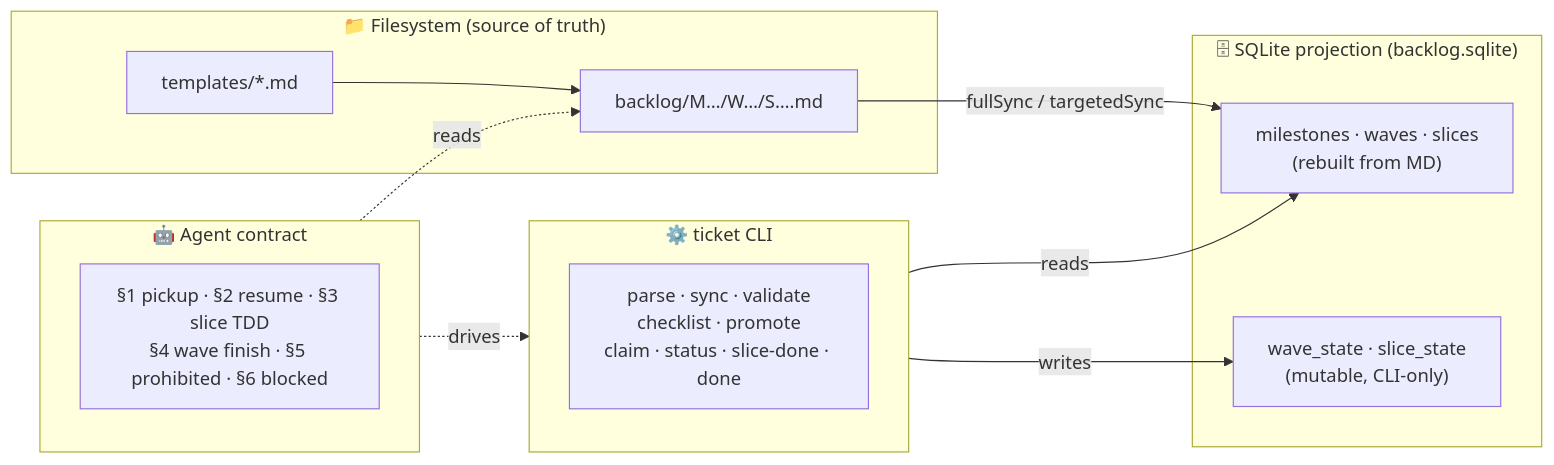
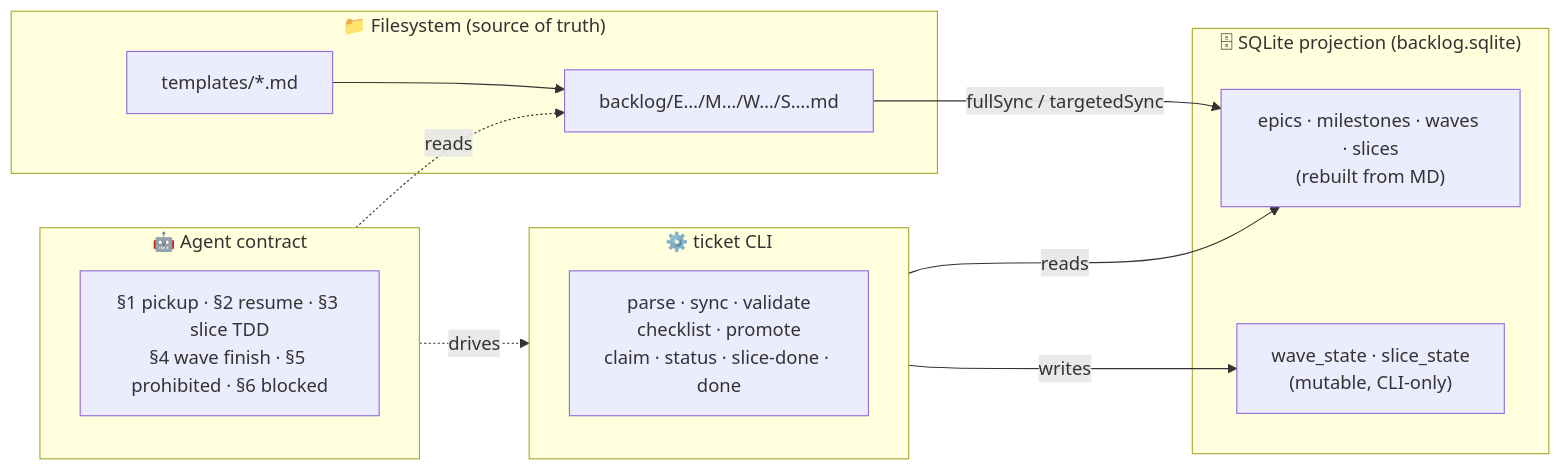
One commit to kolosochek/specflow changed the second of 2 diagrams in README.md. Above: the diagram before and after it, drawn with Mermaid. The commit also changed other lines of this file and 57 other files, not shown here.

````diff
--- a/README.md
+++ b/README.md
@@ -52,24 +57,24 @@
 ```mermaid
 flowchart LR
     subgraph FS["📁 Filesystem (source of truth)"]
         T["templates/*.md"]
-        BL["backlog/M…/W…/S….md"]
+        BL["backlog/E…/M…/W…/S….md"]
     end
     subgraph DB["🗄 SQLite projection (backlog.sqlite)"]
-        DEF["milestones · waves · slices\n(rebuilt from MD)"]
+        DEF["epics · milestones · waves · slices\n(rebuilt from MD)"]
         STATE["wave_state · slice_state\n(mutable, CLI-only)"]
     end
     subgraph CLI["⚙️ ticket CLI"]
         OPS["parse · sync · validate\nchecklist · promote\nclaim · status · slice-done · done"]
     end
     subgraph AGT["🤖 Agent contract"]
         PROT["§1 pickup · §2 resume · §3 slice TDD\n§4 wave finish · §5 prohibited · §6 blocked"]
     end
 
     T --> BL
     BL -- fullSync / targetedSync --> DEF
     CLI -- writes --> STATE
     CLI -- reads --> DEF
     AGT -. drives .-> CLI
     AGT -. reads .-> BL
 ```
````
